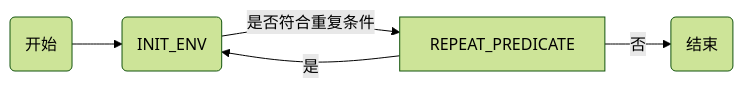
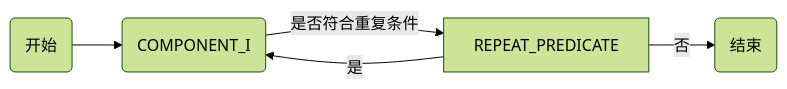
One commit to tenderne13/hello-easy-flow-bpmn changed the ninth of 10 diagrams in README.md. Above: the diagram before and after it, drawn with Mermaid (forest theme). The commit also changed other lines of this file and 3 other files, not shown here.

````diff
--- a/README.md
+++ b/README.md
@@ -351,7 +352,7 @@
 ```mermaid
 graph LR
-    Start(开始) --> INIT_ENV(INIT_ENV)
-    INIT_ENV -- 是否符合重复条件 --> REPEAT_PREDICATE
-    REPEAT_PREDICATE -- 是 --> INIT_ENV
+    Start(开始) --> COMPONENT_I(COMPONENT_I)
+    COMPONENT_I -- 是否符合重复条件 --> REPEAT_PREDICATE
+    REPEAT_PREDICATE -- 是 --> COMPONENT_I
     REPEAT_PREDICATE -- 否 --> End(结束)
 ```
````
